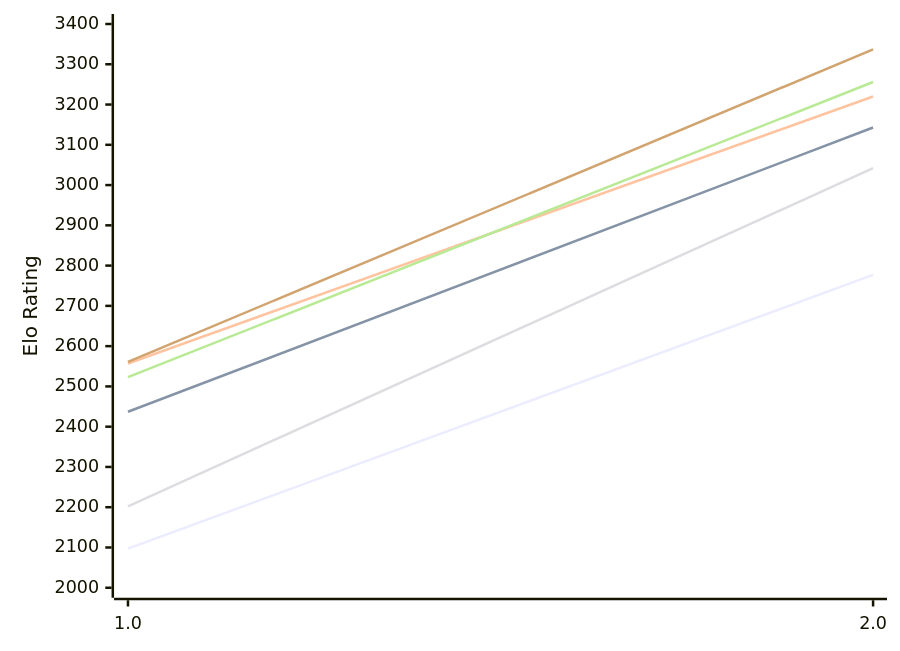
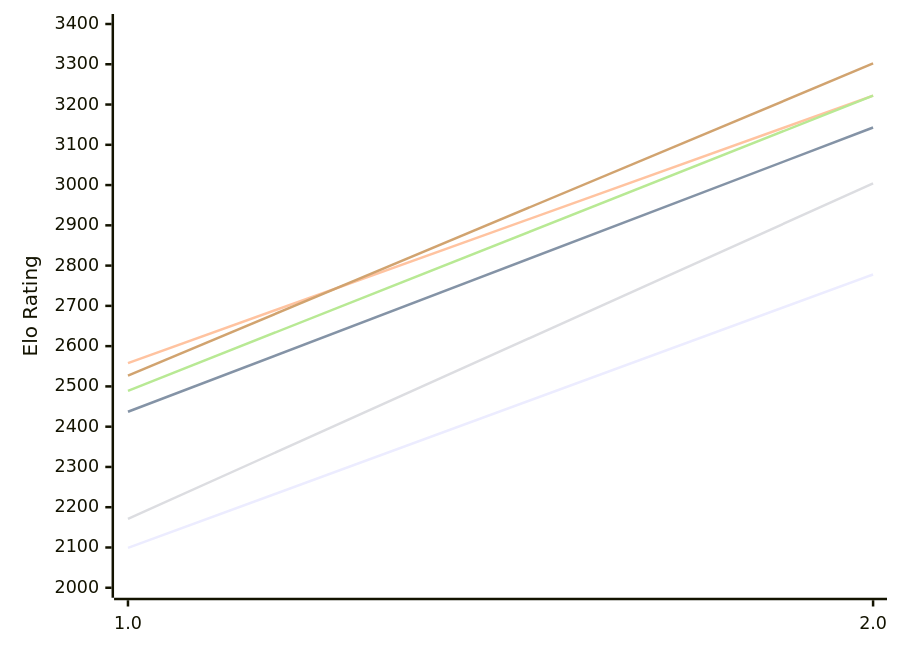
The diagram in engines/Scarlet.md (computer-chess-index/cci), drawn with Mermaid before and after one commit. The commit also changed other lines of this file, not shown here.

Commit message:
Update CCI Ratings (ELO VLTC) - 2026-10-23

````diff
--- a/engines/Scarlet.md
+++ b/engines/Scarlet.md
@@ -49,12 +49,12 @@
 ```mermaid
 %%{init: {"theme":"base","themeVariables":{"seriesColors:['#a3a3a3','#222221','#faa371']}}}%%
 xychart-beta
   x-axis ["1.0", "2.0"]
   y-axis "Elo Rating" 2000 --> 3400
-  line "E1: STC (8.0+0.08s)" [2097, 2777]
+  line "E1: STC (8.0+0.08s)" [2099, 2778]
   line "E1: LTC (60.0+0.60s)" [2437, 3143]
-  line "E1: VLTC (2m24s+1.12s)" [2557, 3220]
-  line "P1: STC (8.0+0.08s)" [2202, 3042]
-  line "P1: LTC (60.0+0.60s)" [2523, 3256]
-  line "P1: VLTC (2m24s+1.12s)" [2561, 3337]
+  line "E1: VLTC (2m24s+1.12s)" [2558, 3222]
+  line "P1: STC (8.0+0.08s)" [2171, 3004]
+  line "P1: LTC (60.0+0.60s)" [2489, 3222]
+  line "P1: VLTC (2m24s+1.12s)" [2527, 3302]
 ```
````
